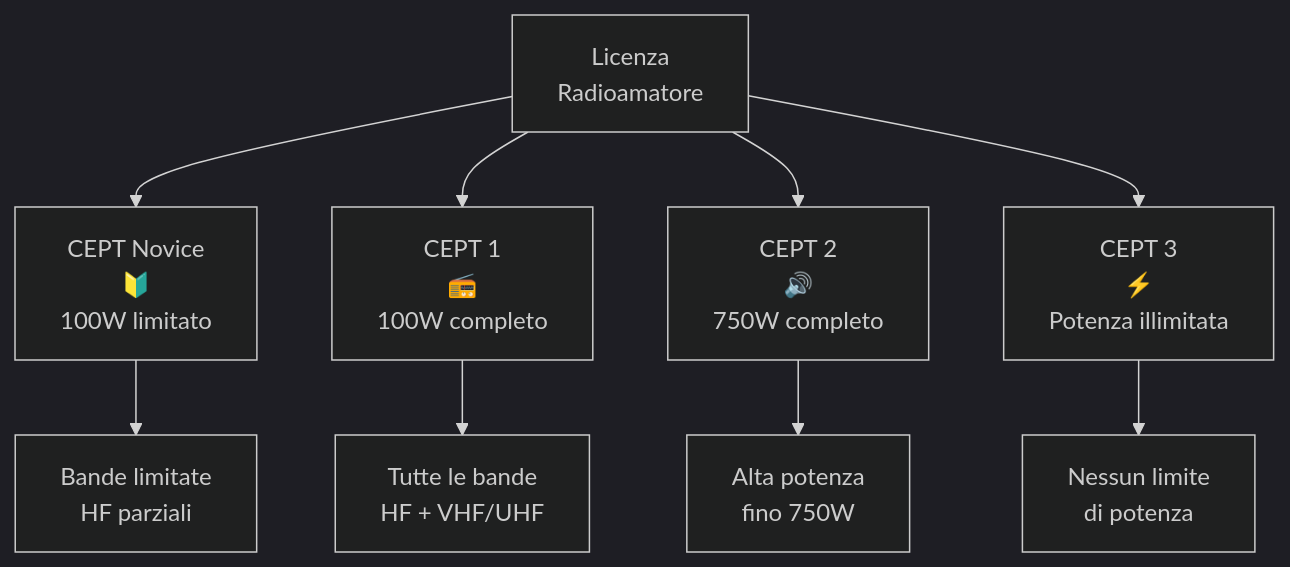
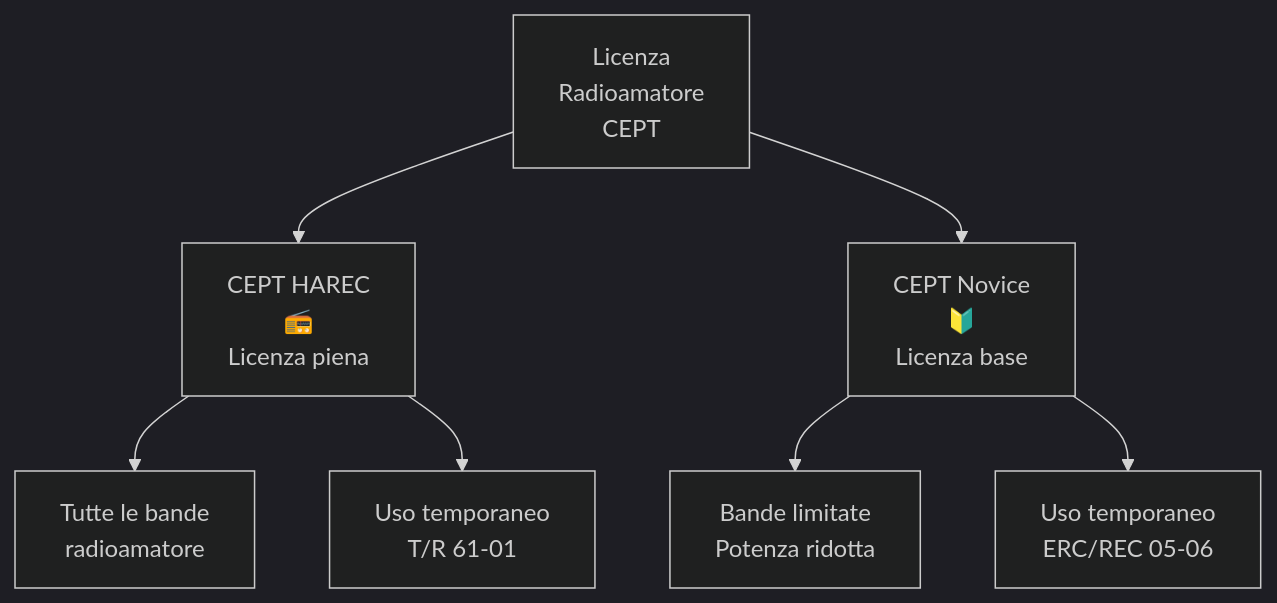
The second of 3 diagrams in website/docs/C_Regolamentazione/2_Regolamentazione_CEPT.md (IU6VYG/esame-radioamatori), drawn with Mermaid (dark theme) before and after one commit. The commit also changed other lines of this file and 6 other files, not shown here.

````diff
--- a/website/docs/C_Regolamentazione/2_Regolamentazione_CEPT.md
+++ b/website/docs/C_Regolamentazione/2_Regolamentazione_CEPT.md
@@ -60,11 +59,9 @@
 ```mermaid
 graph TD;
-    Licenza["Licenza<br>Radioamatore"] --> CEPT_Novice["CEPT Novice<br>🔰<br>100W limitato"];
-    Licenza --> CEPT_1["CEPT 1<br>📻<br>100W completo"];
-    Licenza --> CEPT_2["CEPT 2<br>🔊<br>750W completo"];
-    Licenza --> CEPT_3["CEPT 3<br>⚡<br>Potenza illimitata"];
-    CEPT_Novice --> Limitato["Bande limitate<br>HF parziali"];
-    CEPT_1 --> Completo["Tutte le bande<br>HF + VHF/UHF"];
-    CEPT_2 --> AltaPotenza["Alta potenza<br>fino 750W"];
-    CEPT_3 --> Illimitato["Nessun limite<br>di potenza"];
+    Licenza["Licenza<br>Radioamatore<br>CEPT"] --> HAREC["CEPT HAREC<br>📻<br>Licenza piena"];
+    Licenza --> Novice["CEPT Novice<br>🔰<br>Licenza base"];
+    HAREC --> TutteBande["Tutte le bande<br>radioamatore"];
+    HAREC --> TR6101["Uso temporaneo<br>T/R 61-01"];
+    Novice --> Limitato["Bande limitate<br>Potenza ridotta"];
+    Novice --> ERC0506["Uso temporaneo<br>ERC/REC 05-06"];
 ```
````
